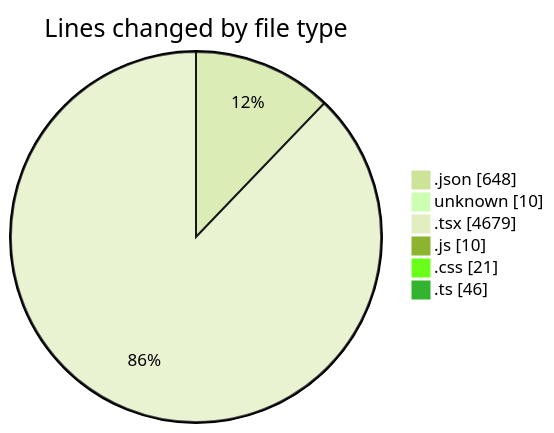
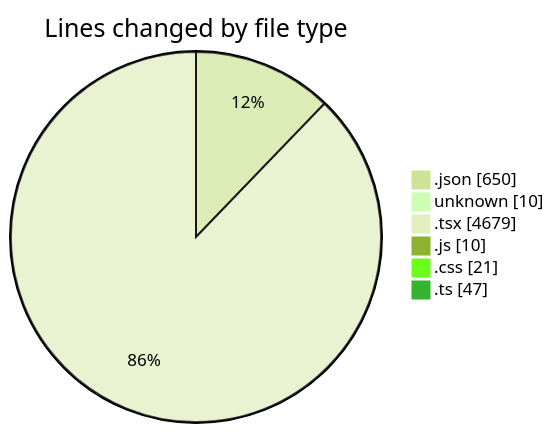
The first of 2 diagrams in 2025-05-02/niten/README.md (Elitesun/code-tracking), drawn with Mermaid (forest theme) before and after one commit. The commit also changed other lines of this file and 1 other file, not shown here.

````diff
--- a/2025-05-02/niten/README.md
+++ b/2025-05-02/niten/README.md
@@ -63,10 +63,10 @@
 ```mermaid
 pie showData
 title Lines changed by file type
-".json" : 648
+".json" : 650
 "unknown" : 10
 ".tsx" : 4679
 ".js" : 10
 ".css" : 21
-".ts" : 46
+".ts" : 47
 ```
````
